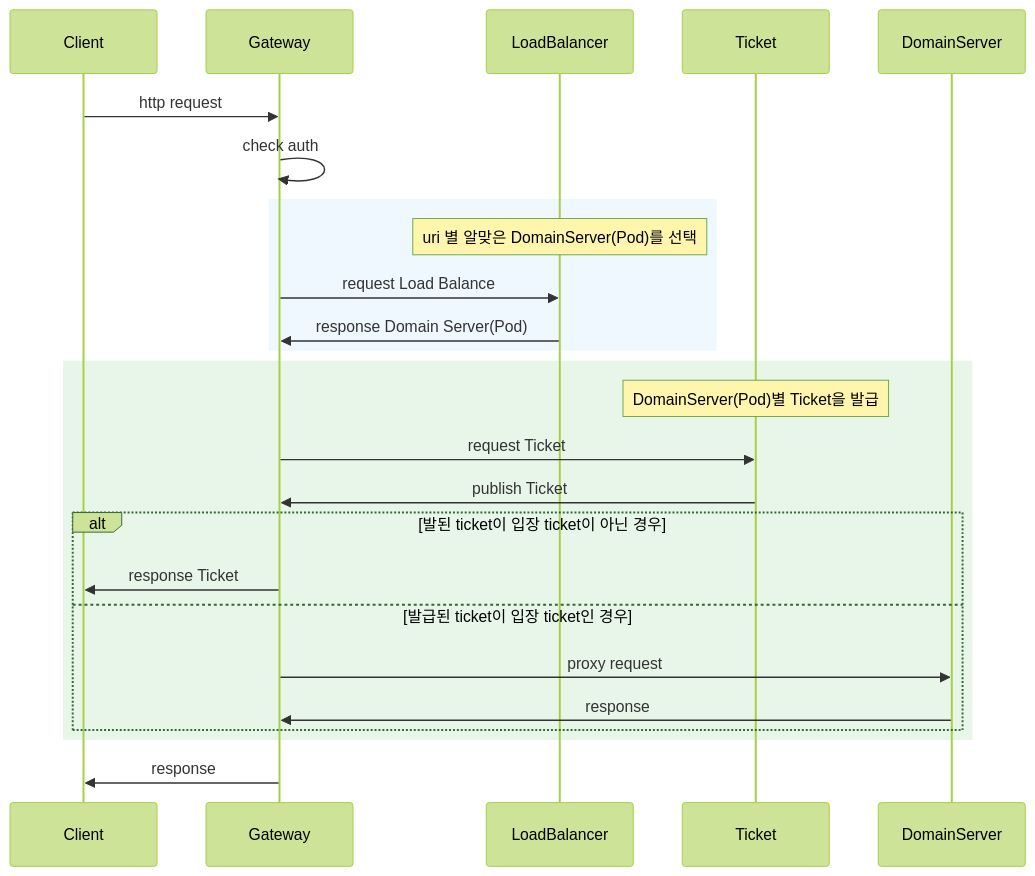
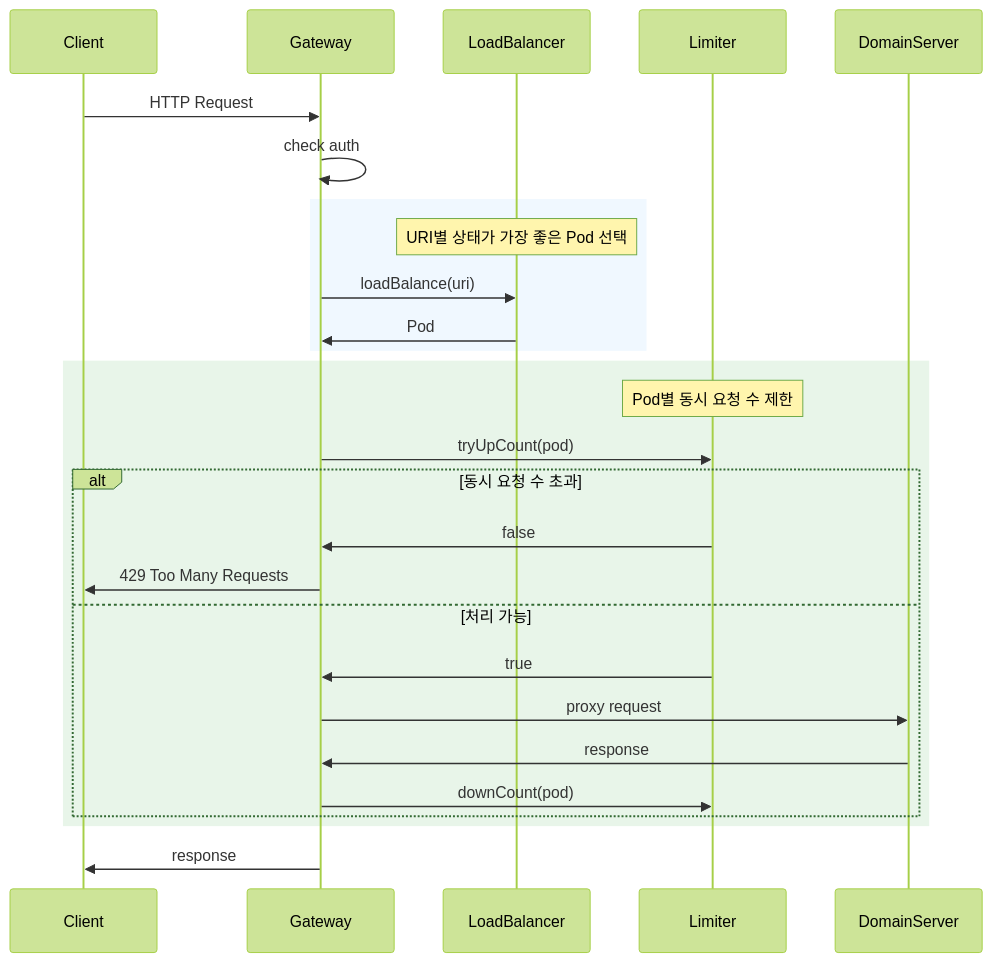
One commit to kwonhee1/Yacht-MSA changed the first of 3 diagrams in Gateway/README.md. Above: the diagram before and after it, drawn with Mermaid (forest theme). The commit also changed other lines of this file, not shown here.

````diff
--- a/Gateway/README.md
+++ b/Gateway/README.md
@@ -14,33 +19,33 @@
 ```mermaid
 sequenceDiagram
-participant Client 
-participant Gateway 
+participant Client
+participant Gateway
 participant LoadBalancer
-participant Ticket
-participant DomainServer 
+participant Limiter
+participant DomainServer
 
-Client ->> Gateway: http request 
-Gateway ->> Gateway : check auth
+Client ->> Gateway: HTTP Request
+Gateway ->> Gateway: check auth
 
 rect rgb(240, 248, 255)
-Note over LoadBalancer : uri 별 알맞은 DomainServer(Pod)를 선택
-Gateway ->> LoadBalancer : request Load Balance
-LoadBalancer ->> Gateway : response Domain Server(Pod)
+Note over LoadBalancer : URI별 상태가 가장 좋은 Pod 선택
+Gateway ->> LoadBalancer: loadBalance(uri)
+LoadBalancer ->> Gateway: Pod
 end
 
 rect rgb(232, 245, 233)
-Note over Ticket : DomainServer(Pod)별 Ticket을 발급
-Gateway ->> Ticket : request Ticket
-Ticket ->> Gateway : publish Ticket
-
-alt 발된 ticket이 입장 ticket이 아닌 경우
-Gateway ->> Client : response Ticket
-
-else 발급된 ticket이 입장 ticket인 경우
-Gateway ->> DomainServer : proxy request
-DomainServer ->> Gateway : response
+Note over Limiter : Pod별 동시 요청 수 제한
+Gateway ->> Limiter: tryUpCount(pod)
+alt 동시 요청 수 초과
+Limiter ->> Gateway: false
+Gateway ->> Client: 429 Too Many Requests
+else 처리 가능
+Limiter ->> Gateway: true
+Gateway ->> DomainServer: proxy request
+DomainServer ->> Gateway: response
+Gateway ->> Limiter: downCount(pod)
 end
 end
 
-Gateway ->> Client : response
+Gateway ->> Client: response
 ```
````
